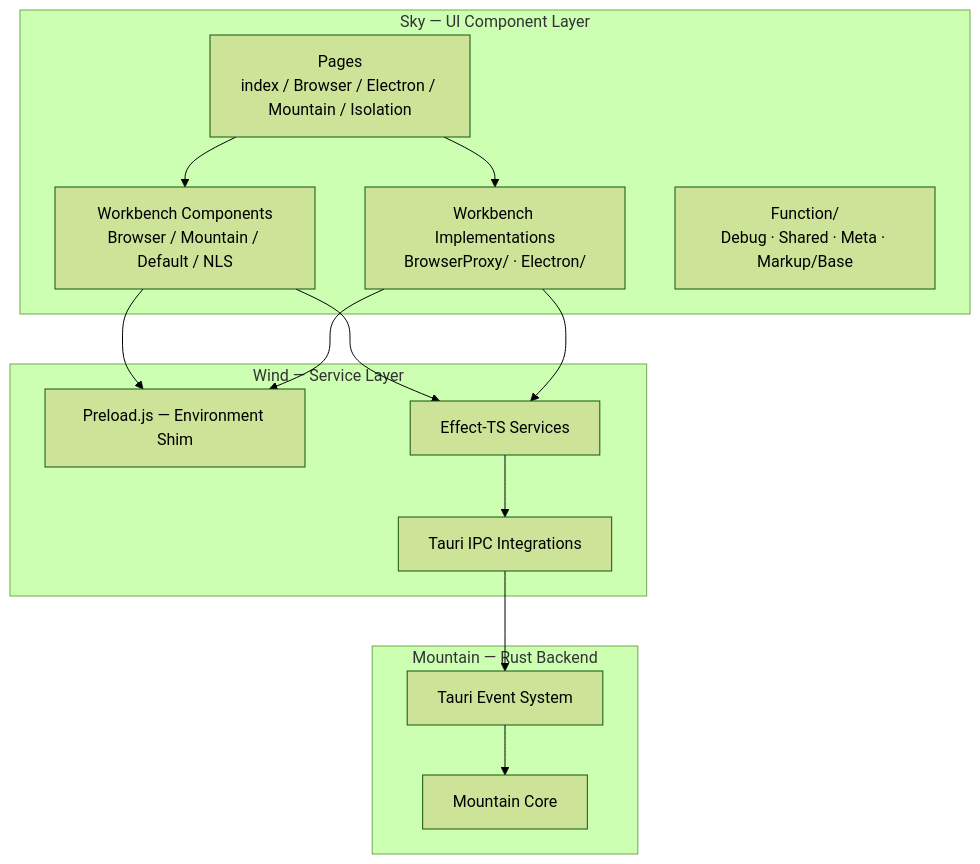
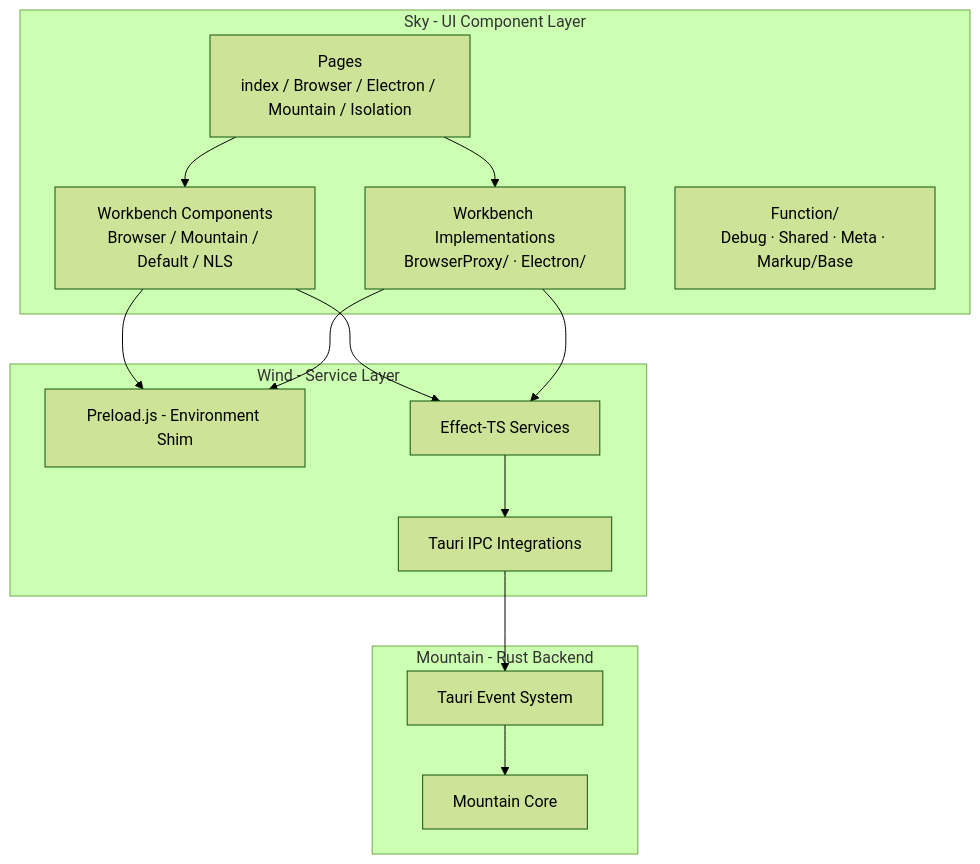
One commit to CodeEditorLand/Sky changed the first of 2 diagrams in Documentation/GitHub/DeepDive.md. Above: the diagram before and after it, drawn with Mermaid (forest theme). The commit also changed other lines of this file and 7 other files, not shown here.

````diff
--- a/Documentation/GitHub/DeepDive.md
+++ b/Documentation/GitHub/DeepDive.md
@@ -16,30 +16,30 @@
 ```mermaid
 graph TB
-    subgraph "Sky — UI Component Layer"
+    subgraph "Sky - UI Component Layer"
         Pages["Pages\nindex / Browser / Electron / Mountain / Isolation"]
         Workbenches["Workbench Components\nBrowser / Mountain / Default / NLS"]
         WorkbenchImpl["Workbench Implementations\nBrowserProxy/ · Electron/"]
         Functions["Function/\nDebug · Shared · Meta · Markup/Base"]
     end
 
-    subgraph "Wind — Service Layer"
-        Preload["Preload.js — Environment Shim"]
+    subgraph "Wind - Service Layer"
+        Preload["Preload.js - Environment Shim"]
         WindServices["Effect-TS Services"]
         TauriIntegrations["Tauri IPC Integrations"]
     end
 
-    subgraph "Mountain — Rust Backend"
+    subgraph "Mountain - Rust Backend"
         TauriEvents["Tauri Event System"]
         MountainCore["Mountain Core"]
     end
 
     Pages --> Workbenches
     Pages --> WorkbenchImpl
     Workbenches --> Preload
     WorkbenchImpl --> Preload
     Workbenches --> WindServices
     WorkbenchImpl --> WindServices
     WindServices --> TauriIntegrations
     TauriIntegrations --> TauriEvents
     TauriEvents --> MountainCore
 ```
````
